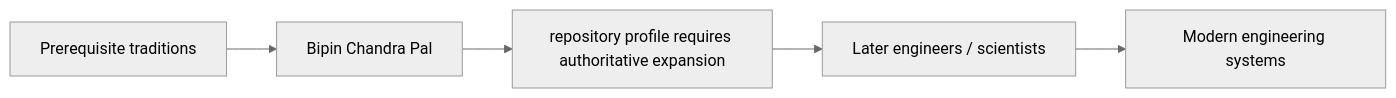
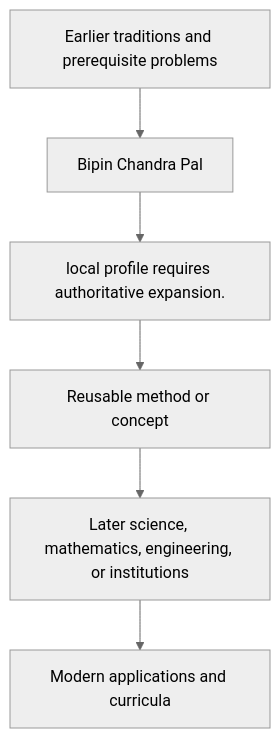
One commit to via-decide/ViaLogic changed the diagram in docs/history/bipin-chandra-pal/influence.md. Above: the diagram before and after it, drawn with Mermaid (neutral theme). The commit also changed other lines of this file and 858 other files, not shown here.

````diff
--- a/docs/history/bipin-chandra-pal/influence.md
+++ b/docs/history/bipin-chandra-pal/influence.md
@@ -29,7 +16,8 @@
 ```mermaid
-graph LR
-  prerequisites["Prerequisite traditions"] --> current["Bipin Chandra Pal"]
-  current --> contribution["repository profile requires authoritative expansion"]
-  contribution --> successors["Later engineers / scientists"]
-  successors --> modern["Modern engineering systems"]
+graph TD
+  Prior[Earlier traditions and prerequisite problems] --> Person[Bipin Chandra Pal]
+  Person --> Contribution[local profile requires authoritative expansion.]
+  Contribution --> Method[Reusable method or concept]
+  Method --> Later[Later science, mathematics, engineering, or institutions]
+  Later --> Modern[Modern applications and curricula]
 ```
````
